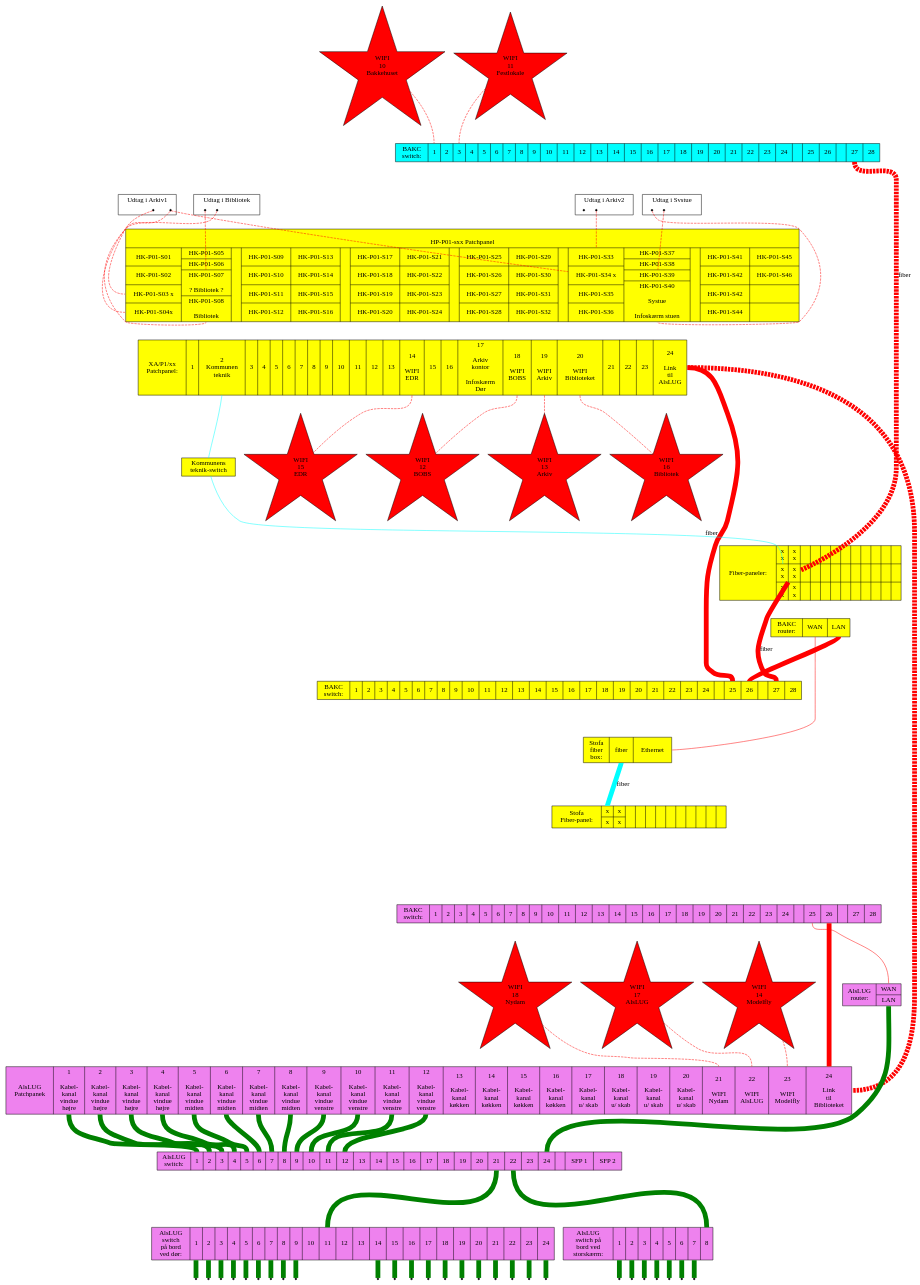
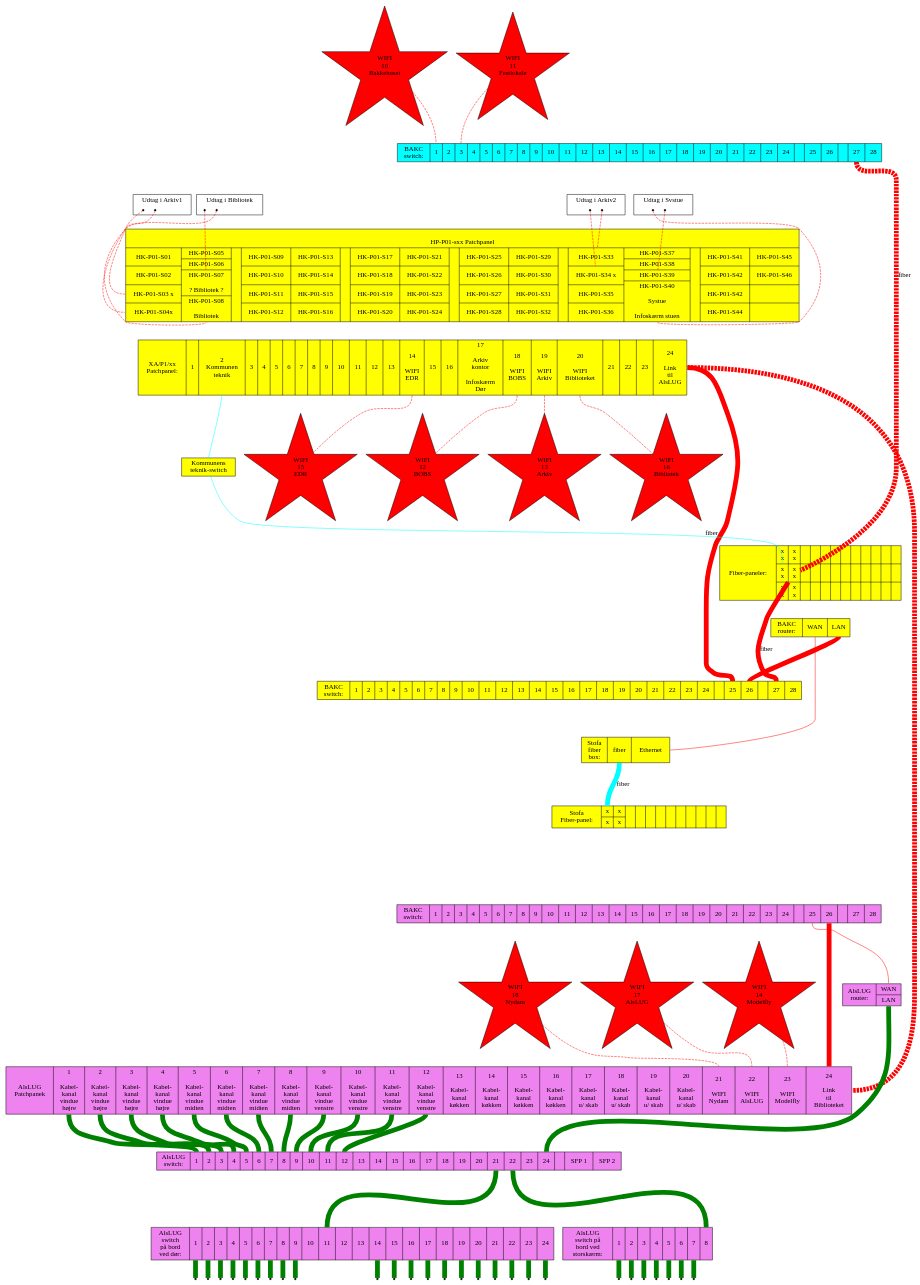
The diagram in projekter/patch-paneler.dot (alslug/alslug.dk), drawn with Graphviz before and after one commit.

```diff
--- a/projekter/patch-paneler.dot
+++ b/projekter/patch-paneler.dot
@@ -413,7 +413,7 @@
 
   subgraph cluster_udtag_i_bibliotek { label="Udtag i Bibliotek"; bib_stik_top;    bib_stik_bund;    }  bib_stik_top    -> hk_p01:07; bib_stik_bund    -> hk_p01:08;
   subgraph cluster_udtag_arkiv1      { label="Udtag i Arkiv1";    arkiv1_stik_top; arkiv1_stik_bund; }  arkiv1_stik_top -> hk_p01:03; arkiv1_stik_bund -> hk_p01:04;
-  subgraph cluster_udtag_arkiv2      { label="Udtag i Arkiv2";    arkiv2_stik_top; arkiv2_stik_bund; }  arkiv2_stik_top -> hk_p01:33; arkiv1_stik_bund -> hk_p01:34;
+  subgraph cluster_udtag_arkiv2      { label="Udtag i Arkiv2";    arkiv2_stik_top; arkiv2_stik_bund; }  arkiv2_stik_top -> hk_p01:33; arkiv2_stik_bund -> hk_p01:34;
   subgraph cluster_udtag_systue      { label="Udtag i Svstue";    systue_stik_top; systue_stik_bund; }  systue_stik_top -> hk_p01:39; systue_stik_bund -> hk_p01:40;
 
   node [ color=invis shape=point ];
```
